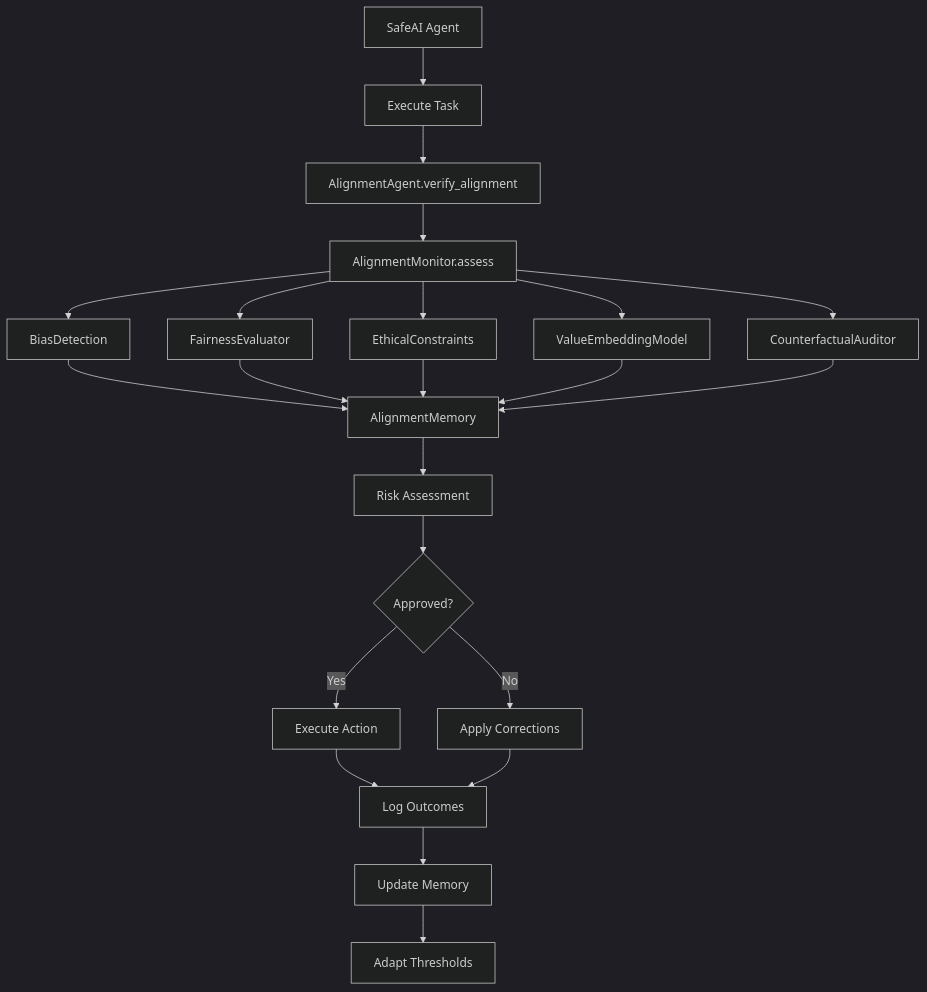
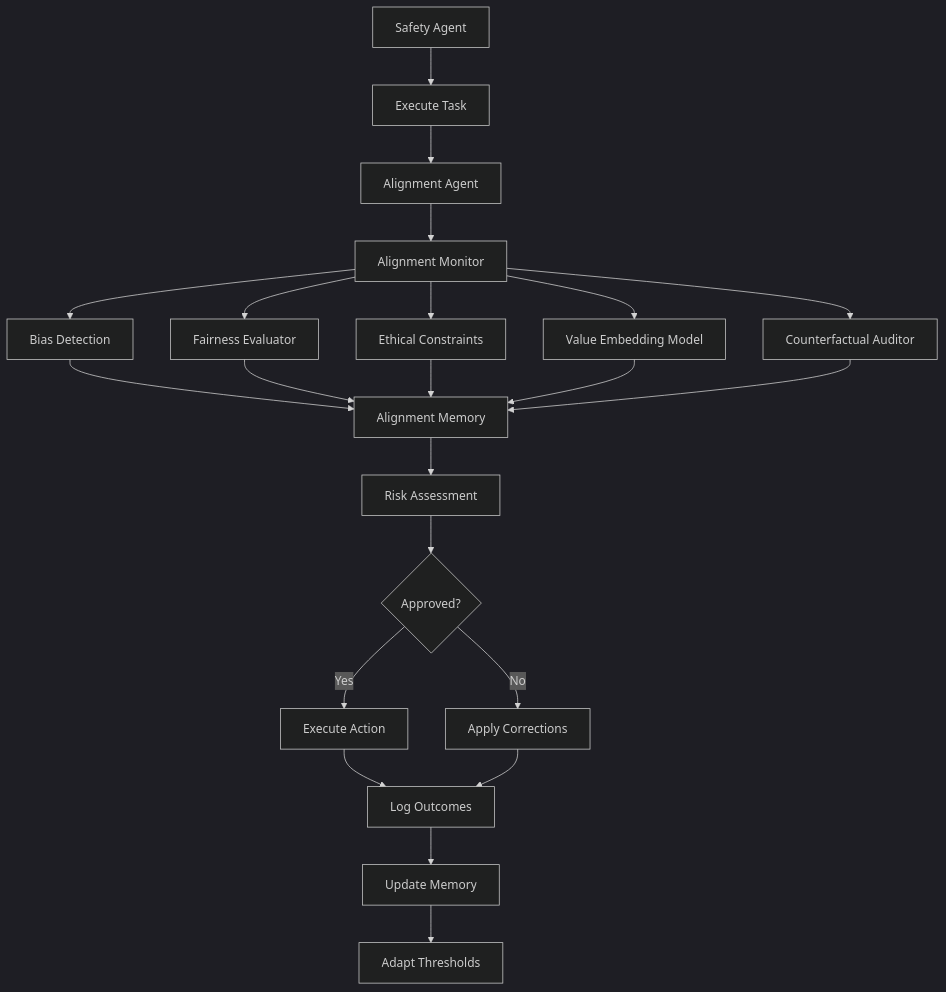
The diagram in src/alignment/README.md (The-Outsider-97/SLAI), drawn with Mermaid (dark theme) before and after one commit.

````diff
--- a/src/alignment/README.md
+++ b/src/alignment/README.md
@@ -2,27 +2,28 @@
 ```mermaid
 graph TD
-    A[SafeAI Agent] --> B[Execute Task]
-    B --> C[AlignmentAgent.verify_alignment]
-    C --> D[AlignmentMonitor.assess]
+    A[Safety Agent] --> B[Execute Task]
 
-    D --> E[BiasDetection]
-    D --> F[FairnessEvaluator]
-    D --> G[EthicalConstraints]
-    D --> H[ValueEmbeddingModel]
-    D --> Q[CounterfactualAuditor]
+    B --> C[Alignment Agent]
+    C --> D[Alignment Monitor]
 
-    E --> I[AlignmentMemory]
+    D --> E[Bias Detection]
+    D --> F[Fairness Evaluator]
+    D --> G[Ethical Constraints]
+    D --> H[Value Embedding Model]
+    D --> Q[Counterfactual Auditor]
+
+    E --> I[Alignment Memory]
     F --> I
     G --> I
     H --> I
     Q --> I
 
     I --> J[Risk Assessment]
     J --> K{Approved?}
     K -->|Yes| L[Execute Action]
     K -->|No| M[Apply Corrections]
     L --> N[Log Outcomes]
     M --> N
     N --> O[Update Memory]
     O --> P[Adapt Thresholds]
 ```
````
